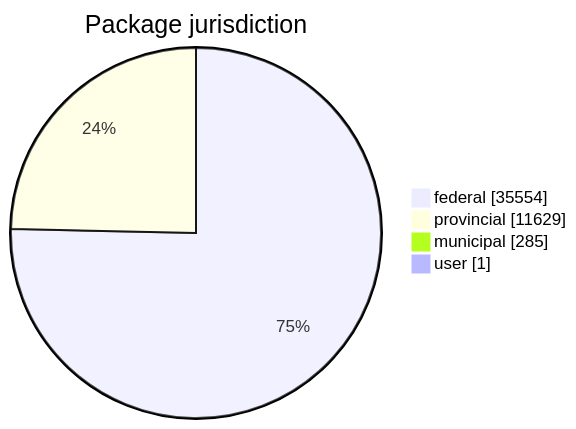
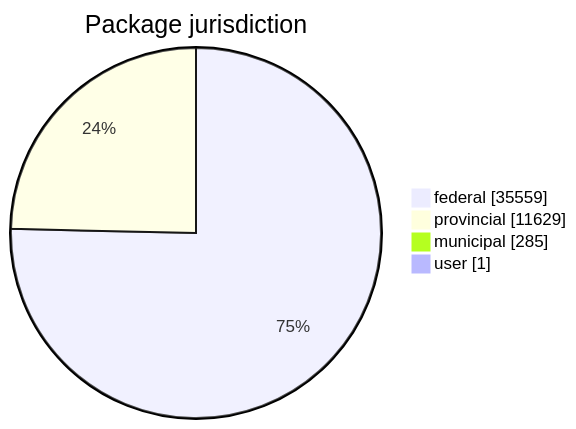
The first of 5 diagrams in FreshCheck/README.md (open-data/analytics-corporate-reporting), drawn with Mermaid before and after one commit. The commit also changed other lines of this file and 3 other files, not shown here.

````diff
--- a/FreshCheck/README.md
+++ b/FreshCheck/README.md
@@ -60,7 +60,7 @@
 ```mermaid
 pie showData title Package jurisdiction
-    "federal": 35554
+    "federal": 35559
     "provincial": 11629
     "municipal": 285
     "user": 1
 ```
````
